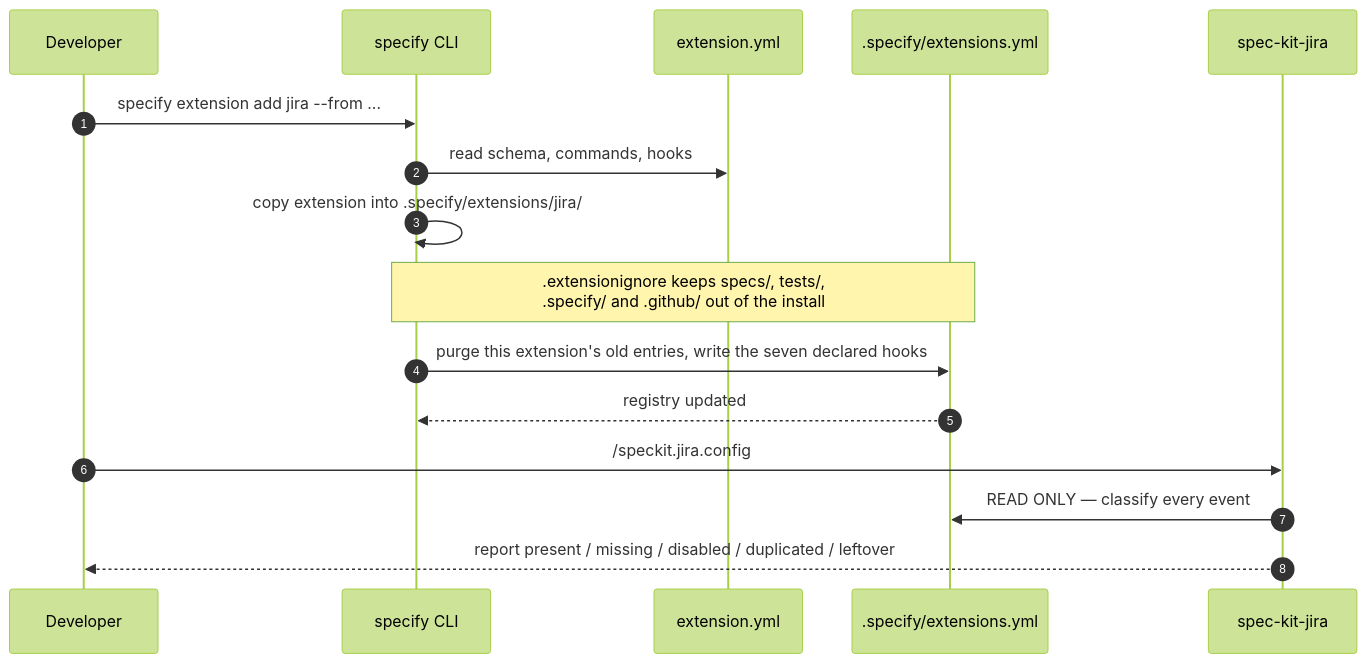
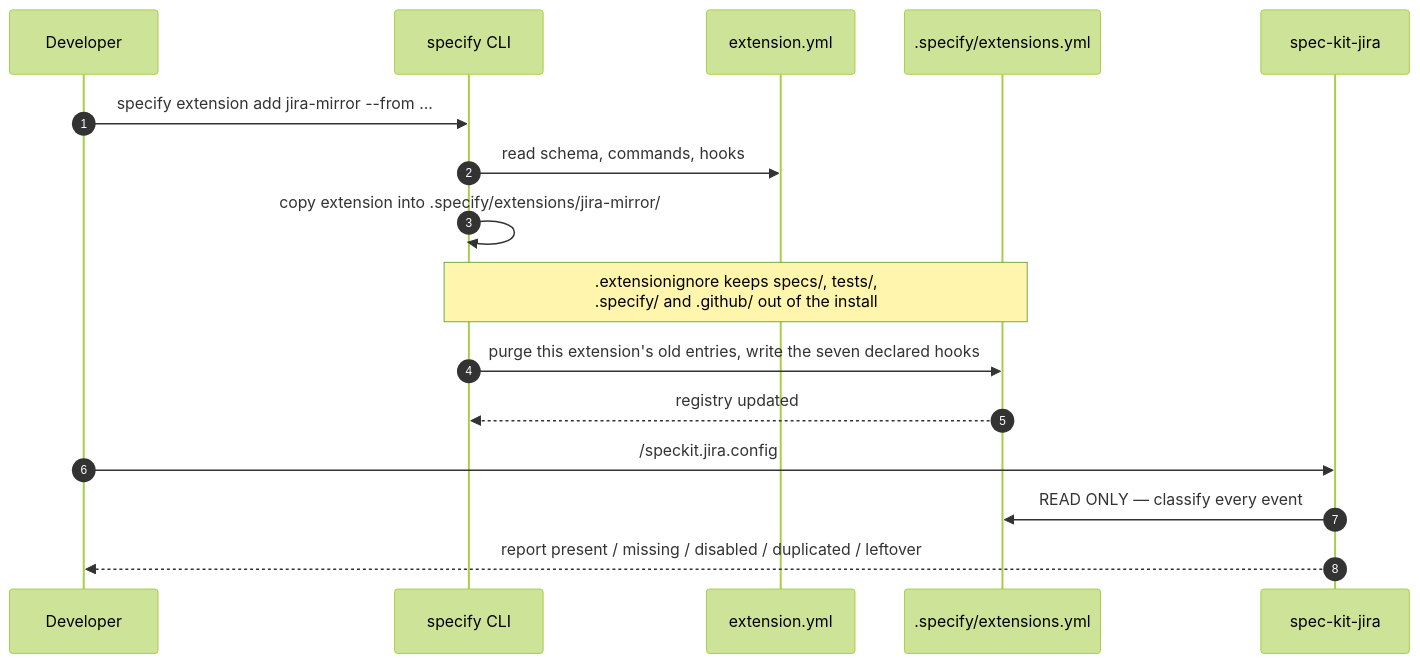
One commit to Fyloss/spec-kit-jira changed the second of 5 diagrams in docs/03-lifecycle-hooks.md. Above: the diagram before and after it, drawn with Mermaid (forest theme). The commit also changed other lines of this file and 66 other files, not shown here.

````diff
--- a/docs/03-lifecycle-hooks.md
+++ b/docs/03-lifecycle-hooks.md
@@ -51,20 +51,20 @@
 ```mermaid
 sequenceDiagram
     autonumber
     participant Dev as Developer
     participant Specify as specify CLI
     participant Manifest as extension.yml
     participant Registry as .specify/extensions.yml
     participant Bridge as spec-kit-jira
 
-    Dev->>Specify: specify extension add jira --from ...
+    Dev->>Specify: specify extension add jira-mirror --from ...
     Specify->>Manifest: read schema, commands, hooks
-    Specify->>Specify: copy extension into .specify/extensions/jira/
+    Specify->>Specify: copy extension into .specify/extensions/jira-mirror/
     Note over Specify,Registry: .extensionignore keeps specs/, tests/,<br/>.specify/ and .github/ out of the install
     Specify->>Registry: purge this extension's old entries, write the seven declared hooks
     Registry-->>Specify: registry updated
 
     Dev->>Bridge: /speckit.jira.config
     Bridge->>Registry: READ ONLY — classify every event
     Bridge-->>Dev: report present / missing / disabled / duplicated / leftover
 ```
````
